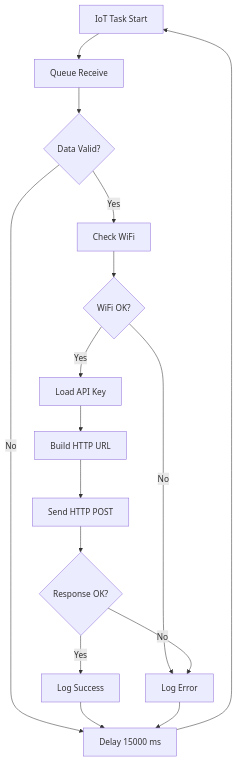
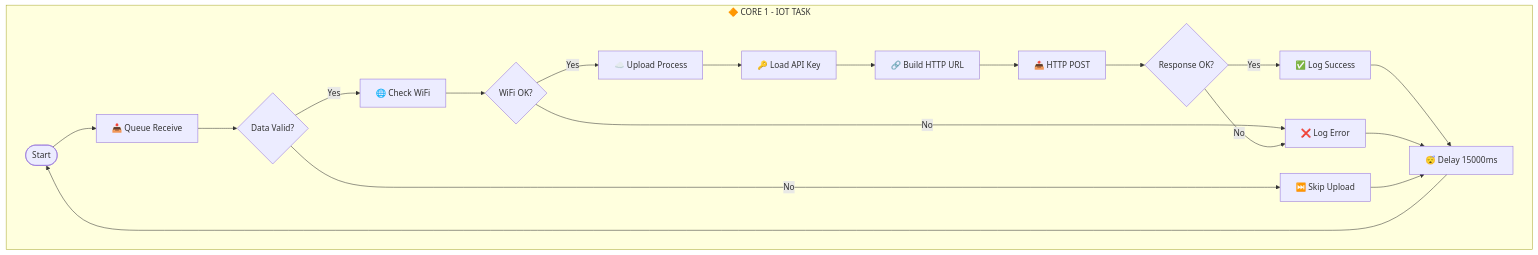
Before and after one commit to ficrammanifur/ESP32-RTOS-Environmental-Monitor: the ninth of 25 diagrams in README.md, drawn with Mermaid. The commit also changed other lines of this file, not shown here.

````diff
--- a/README.md
+++ b/README.md
@@ -426,31 +441,28 @@
 ```mermaid
-flowchart TD
-    START["IoT Task Start"]
-    RECEIVE["Queue Receive"]
-    DATAOK{Data Valid?}
-    WIFI["Check WiFi"]
-    WIFIOK{WiFi OK?}
-    API["Load API Key"]
-    URL["Build HTTP URL"]
-    HTTP["Send HTTP POST"]
-    RESP{Response OK?}
-    SUCCESS["Log Success"]
-    FAIL["Log Error"]
-    DELAY["Delay 15000 ms"]
-
-    START --> RECEIVE
-    RECEIVE --> DATAOK
-    DATAOK -->|No| DELAY
-    DATAOK -->|Yes| WIFI
-    WIFI --> WIFIOK
-    WIFIOK -->|No| FAIL
-    WIFIOK -->|Yes| API
-    API --> URL
-    URL --> HTTP
-    HTTP --> RESP
-    RESP -->|Yes| SUCCESS
-    RESP -->|No| FAIL
-    SUCCESS --> DELAY
-    FAIL --> DELAY
-    DELAY --> START
+flowchart TB
+    subgraph CORE1["🔶 CORE 1 - IOT TASK"]
+        START(["Start"]) --> RECEIVE["📥 Queue Receive"]
+        RECEIVE --> DATAOK{"Data Valid?"}
+        
+        DATAOK -->|No| SKIP["⏭️ Skip Upload"]
+        DATAOK -->|Yes| WIFI["🌐 Check WiFi"]
+        
+        WIFI --> WIFIOK{"WiFi OK?"}
+        WIFIOK -->|No| FAIL["❌ Log Error"]
+        WIFIOK -->|Yes| UPLOAD["☁️ Upload Process"]
+        
+        UPLOAD --> API["🔑 Load API Key"]
+        API --> URL["🔗 Build HTTP URL"]
+        URL --> HTTP["📤 HTTP POST"]
+        HTTP --> RESP{"Response OK?"}
+        
+        RESP -->|Yes| SUCCESS["✅ Log Success"]
+        RESP -->|No| FAIL
+        
+        SUCCESS --> DELAY
+        FAIL --> DELAY
+        SKIP --> DELAY
+        
+        DELAY["😴 Delay 15000ms"] --> START
+    end
 ```
````
